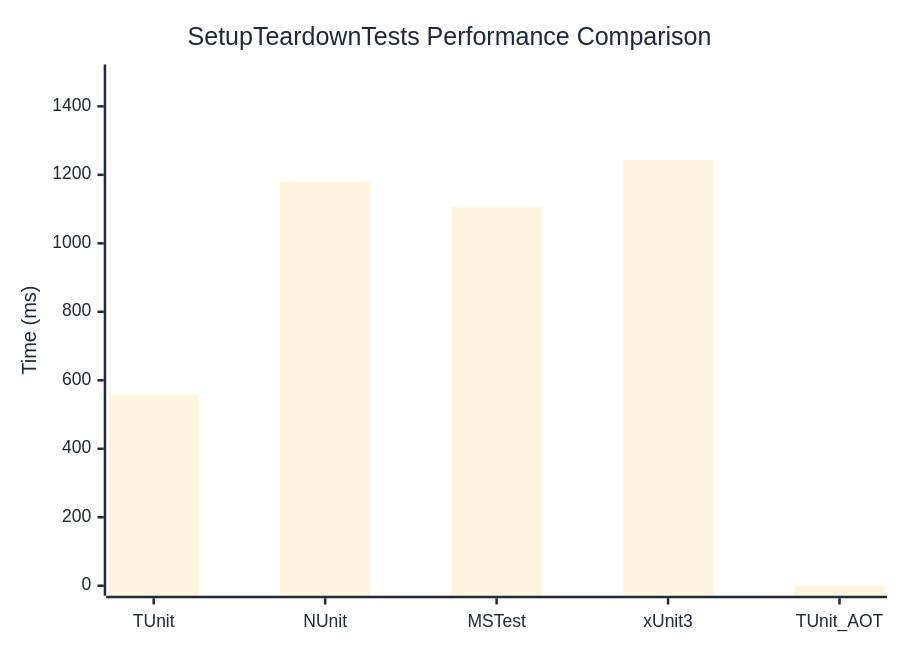
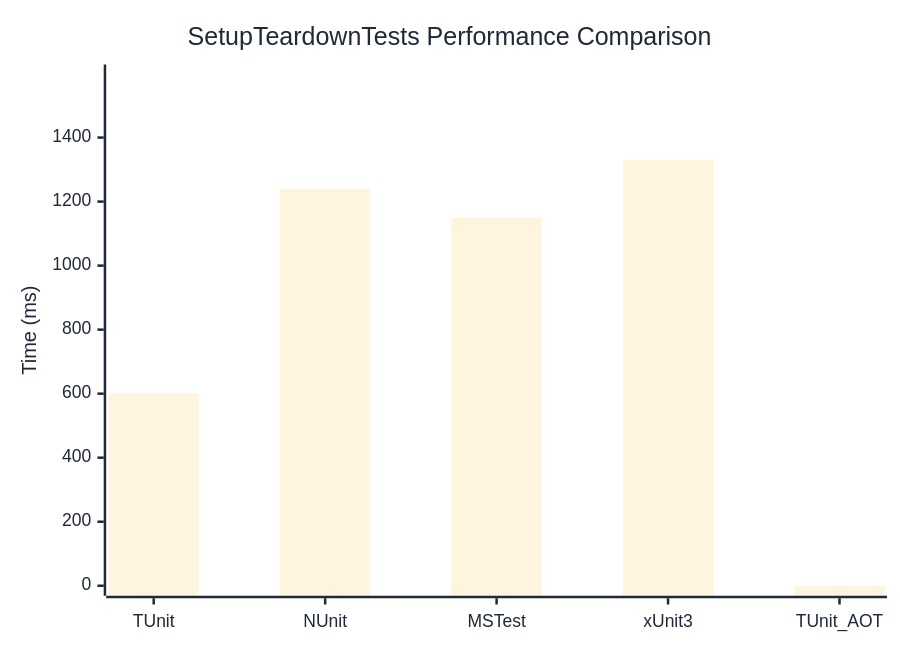
The diagram in docs/docs/benchmarks/SetupTeardownTests.md (thomhurst/TUnit), drawn with Mermaid before and after one commit. The commit also changed other lines of this file and 17 other files, not shown here.

````diff
--- a/docs/docs/benchmarks/SetupTeardownTests.md
+++ b/docs/docs/benchmarks/SetupTeardownTests.md
@@ -27,37 +27,37 @@
 ```mermaid
 %%{init: {
   'theme':'base',
   'themeVariables': {
     'primaryColor': '#2563eb',
     'primaryTextColor': '#1f2937',
     'primaryBorderColor': '#1e40af',
     'lineColor': '#6b7280',
     'secondaryColor': '#7c3aed',
     'tertiaryColor': '#dc2626',
     'background': '#ffffff',
     'mainBkg': '#2563eb',
     'secondBkg': '#7c3aed',
     'tertiaryBkg': '#dc2626',
     'clusterBkg': '#f3f4f6',
     'edgeLabelBackground': '#ffffff',
     'tertiaryTextColor': '#1f2937',
     'pie1': '#2563eb',
     'pie2': '#7c3aed',
     'pie3': '#dc2626',
     'pie4': '#f59e0b',
     'pie5': '#10b981',
     'pie6': '#06b6d4',
     'pie7': '#ec4899',
     'pie8': '#6366f1',
     'pie9': '#84cc16',
     'pie10': '#f97316',
     'pie11': '#14b8a6',
     'pie12': '#a855f7'
   }
 }}%%
 xychart-beta
   title "SetupTeardownTests Performance Comparison"
   x-axis ["TUnit", "NUnit", "MSTest", "xUnit3", "TUnit_AOT"]
-  y-axis "Time (ms)" 0 --> 1493
-  bar [558.4, 1180, 1105.6, 1243.7, 0]
+  y-axis "Time (ms)" 0 --> 1597
+  bar [601.3, 1240.2, 1149.8, 1330.4, 0]
 ```
````
